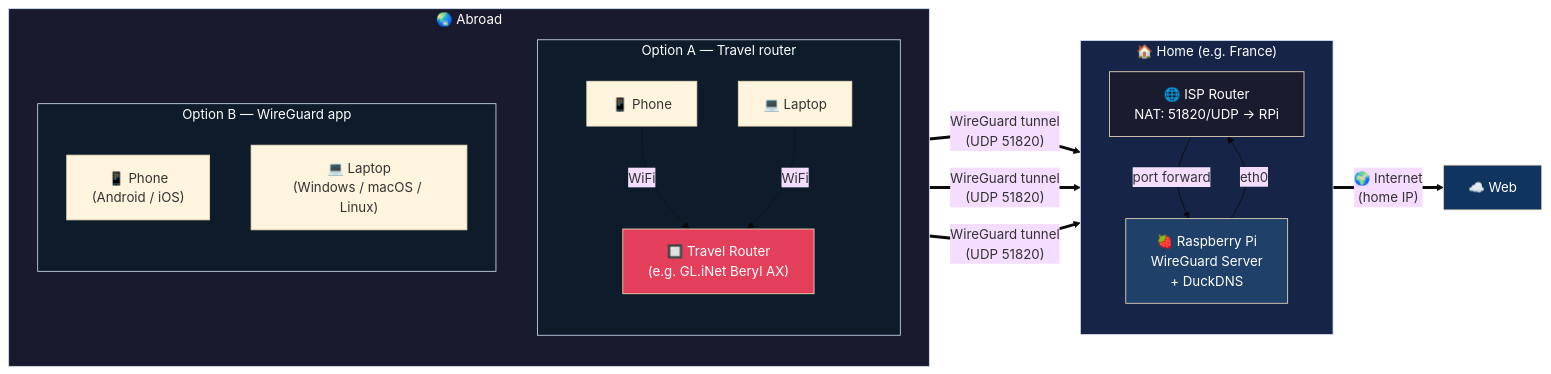
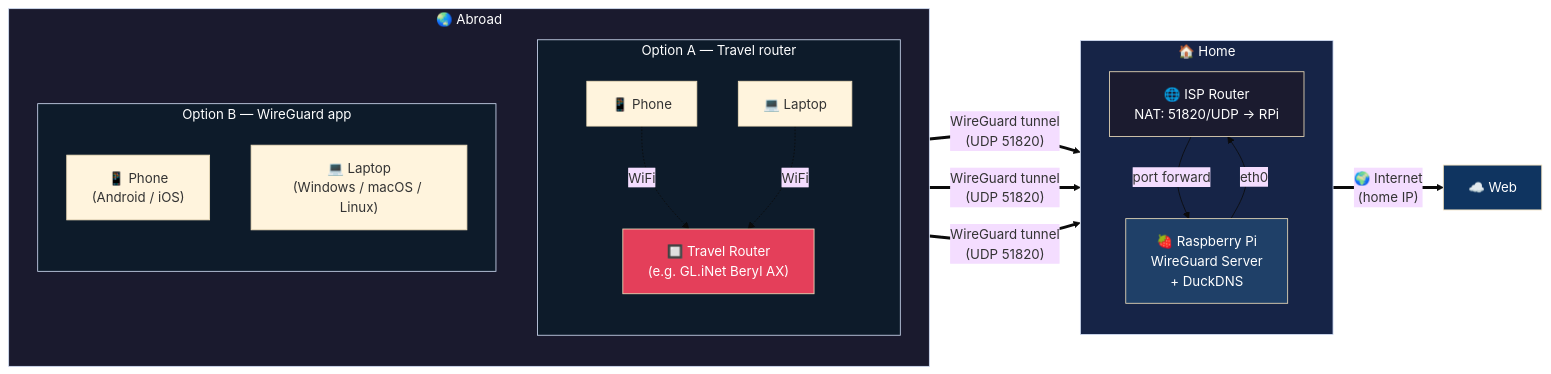
One commit to synthetiqgroup/rpi-wireguard-exit-node changed the diagram in README.md. Above: the diagram before and after it, drawn with Mermaid (base theme). The commit also changed other lines of this file and 1 other file, not shown here.

````diff
--- a/README.md
+++ b/README.md
@@ -25,43 +26,43 @@
 ```mermaid
 flowchart LR
     subgraph abroad["🌏 Abroad"]
         direction TB
 
         subgraph option_a["Option A — Travel router"]
             direction TB
             dev_a1["📱 Phone"]
             dev_a2["💻 Laptop"]
             router["🔲 Travel Router<br/>(e.g. GL.iNet Beryl AX)"]
             dev_a1 -.->|WiFi| router
             dev_a2 -.->|WiFi| router
         end
 
         subgraph option_b["Option B — WireGuard app"]
             direction TB
             phone_b["📱 Phone<br/>(Android / iOS)"]
             laptop_b["💻 Laptop<br/>(Windows / macOS / Linux)"]
         end
     end
 
-    subgraph home["🏠 Home (e.g. France)"]
+    subgraph home["🏠 Home"]
         direction TB
         isp["🌐 ISP Router<br/>NAT: 51820/UDP → RPi"]
         rpi["🍓 Raspberry Pi<br/>WireGuard Server<br/>+ DuckDNS"]
         rpi -->|eth0| isp
     end
 
     router ==>|"WireGuard tunnel<br/>(UDP 51820)"| isp
     phone_b ==>|"WireGuard tunnel<br/>(UDP 51820)"| isp
     laptop_b ==>|"WireGuard tunnel<br/>(UDP 51820)"| isp
     isp -->|"port forward"| rpi
     isp ==>|"🌍 Internet<br/>(home IP)"| web["☁️ Web"]
 
     style abroad fill:#1a1a2e,color:#fff
     style option_a fill:#0d1b2a,color:#fff
     style option_b fill:#0d1b2a,color:#fff
     style home fill:#162447,color:#fff
     style router fill:#e43f5a,color:#fff
     style rpi fill:#1f4068,color:#fff
     style isp fill:#1b1b2f,color:#fff
     style web fill:#0f3460,color:#fff
 ```
````
